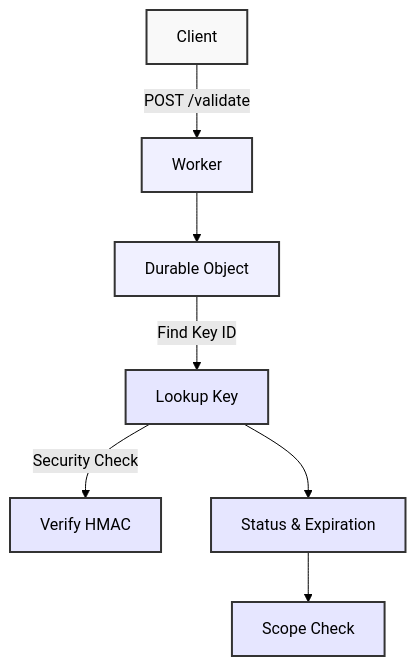
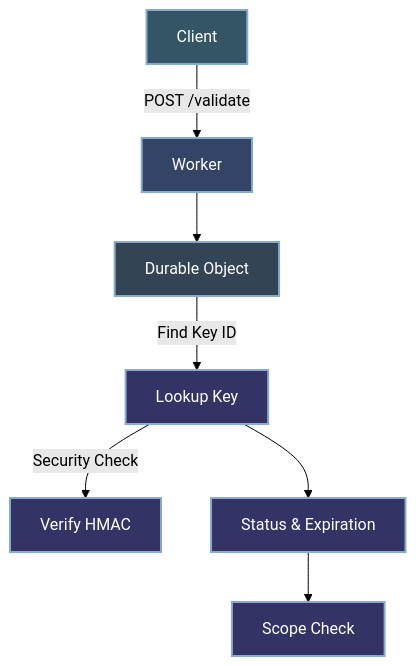
The sixth of 7 diagrams in docs/ARCHITECTURE.md (erfianugrah/api-gateway-workers), drawn with Mermaid (forest theme) before and after one commit. The commit also changed other lines of this file and 1 other file, not shown here.

````diff
--- a/docs/ARCHITECTURE.md
+++ b/docs/ARCHITECTURE.md
@@ -327,17 +327,17 @@
 ```mermaid
 flowchart TB
     A[Client] -->|POST /validate| B[Worker]
     B --> C[Durable Object]
     C -->|Find Key ID| D[Lookup Key]
     D -->|Security Check| E[Verify HMAC]
     D --> F[Status & Expiration]
     F --> G[Scope Check]
     
-    style A fill:#f9f9f9,stroke:#333,stroke-width:2px
-    style B fill:#f0f0ff,stroke:#333,stroke-width:2px
-    style C fill:#f0f0ff,stroke:#333,stroke-width:2px
-    style D fill:#e6e6ff,stroke:#333,stroke-width:2px
-    style E fill:#e6e6ff,stroke:#333,stroke-width:2px
-    style F fill:#e6e6ff,stroke:#333,stroke-width:2px
-    style G fill:#e6e6ff,stroke:#333,stroke-width:2px
+    style A fill:#335566,stroke:#88aacc,stroke-width:2px,color:#ffffff
+    style B fill:#334466,stroke:#88aacc,stroke-width:2px,color:#ffffff
+    style C fill:#334455,stroke:#88aacc,stroke-width:2px,color:#ffffff
+    style D fill:#333366,stroke:#88aacc,stroke-width:2px,color:#ffffff
+    style E fill:#333366,stroke:#88aacc,stroke-width:2px,color:#ffffff
+    style F fill:#333366,stroke:#88aacc,stroke-width:2px,color:#ffffff
+    style G fill:#333366,stroke:#88aacc,stroke-width:2px,color:#ffffff
 ```
````
